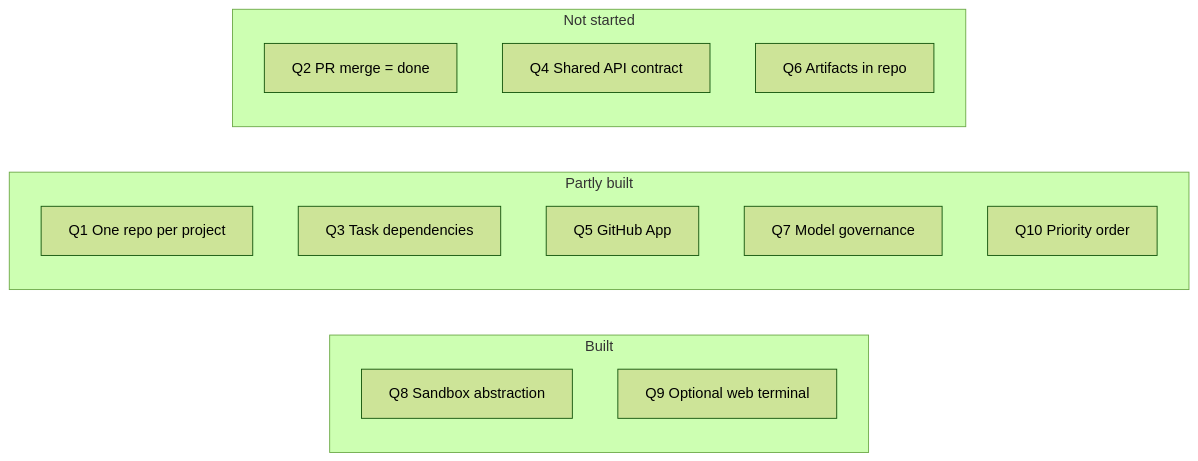
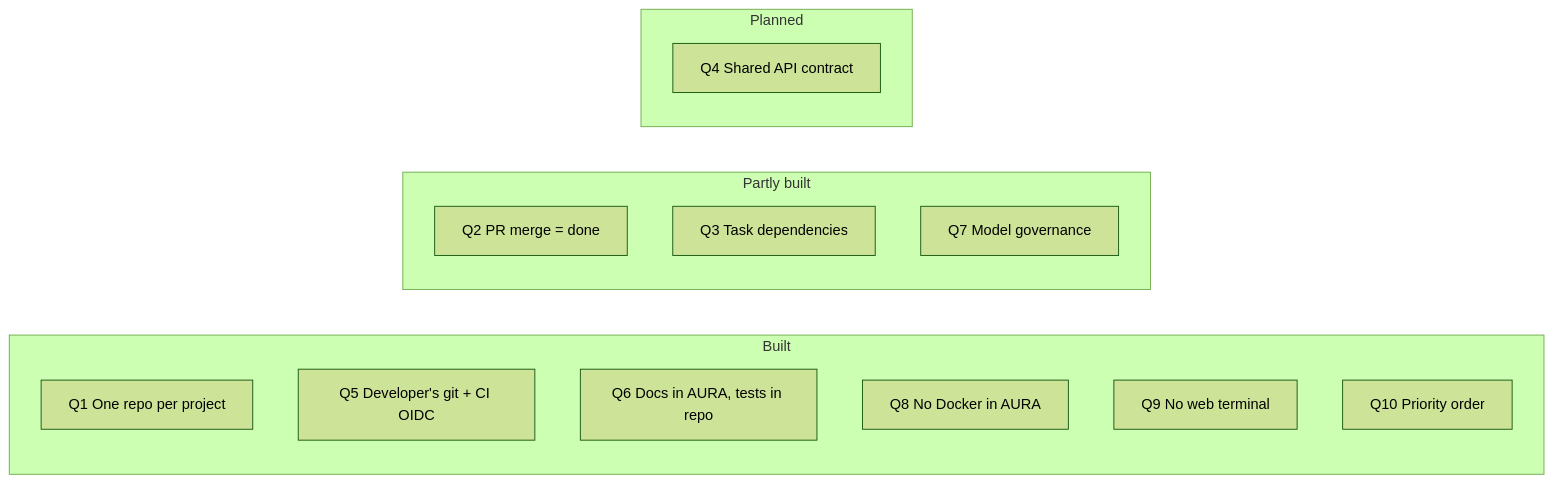
Before and after one commit to HasithaErandika/aura: the diagram in docs/clarify.md, drawn with Mermaid (forest theme). The commit also changed other lines of this file, not shown here.

Commit message:
docs: answer the clarification questions for the one-lane system

````diff
--- a/docs/clarify.md
+++ b/docs/clarify.md
@@ -16,19 +16,19 @@
 ```mermaid
 flowchart LR
     subgraph BUILT["Built"]
-        Q8["Q8 Sandbox abstraction"]
-        Q9["Q9 Optional web terminal"]
+        Q1["Q1 One repo per project"]
+        Q5["Q5 Developer's git + CI OIDC"]
+        Q6["Q6 Docs in AURA, tests in repo"]
+        Q8["Q8 No Docker in AURA"]
+        Q9["Q9 No web terminal"]
+        Q10["Q10 Priority order"]
     end
     subgraph PARTIAL["Partly built"]
-        Q1["Q1 One repo per project"]
+        Q2["Q2 PR merge = done"]
         Q3["Q3 Task dependencies"]
-        Q5["Q5 GitHub App"]
         Q7["Q7 Model governance"]
-        Q10["Q10 Priority order"]
     end
-    subgraph TODO["Not started"]
-        Q2["Q2 PR merge = done"]
+    subgraph TODO["Planned"]
         Q4["Q4 Shared API contract"]
-        Q6["Q6 Artifacts in repo"]
     end
 ```
````
